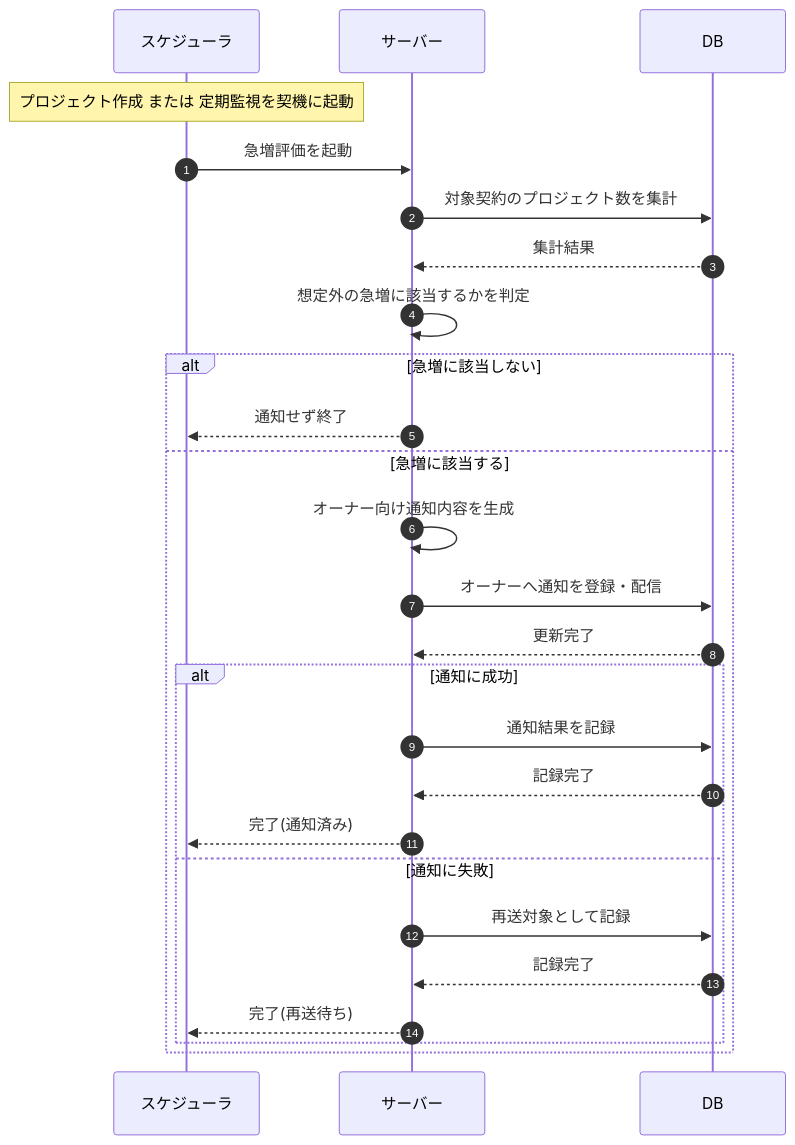
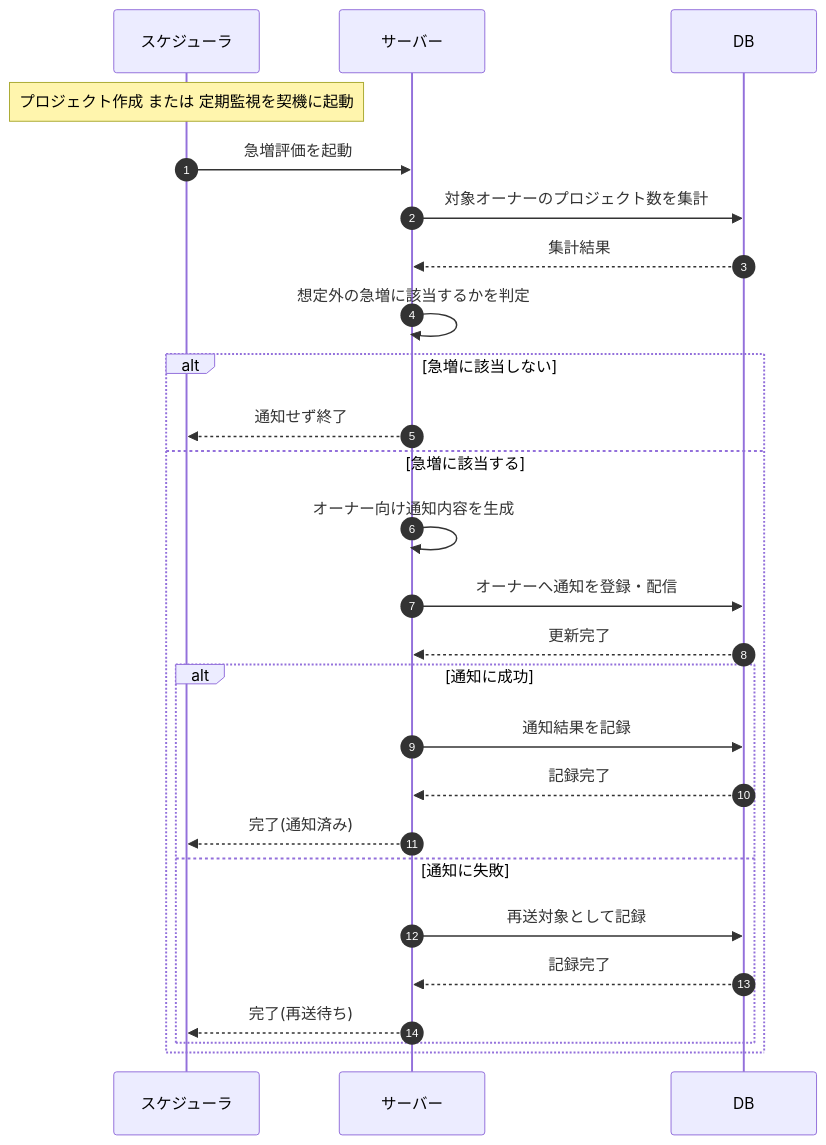
The diagram in 02_basic_design/03_sequences/SEQ-109.md (sikakou54/open-faq), drawn with Mermaid before and after one commit. The commit also changed other lines of this file and 294 other files, not shown here.

````diff
--- a/02_basic_design/03_sequences/SEQ-109.md
+++ b/02_basic_design/03_sequences/SEQ-109.md
@@ -24,28 +24,28 @@
 ```mermaid
 sequenceDiagram
   autonumber
   participant SCH as スケジューラ
   participant Server as サーバー
   participant DB as DB
   Note over SCH: プロジェクト作成 または 定期監視を契機に起動
   SCH->>Server: 急増評価を起動
-  Server->>DB: 対象契約のプロジェクト数を集計
+  Server->>DB: 対象オーナーのプロジェクト数を集計
   DB-->>Server: 集計結果
   Server->>Server: 想定外の急増に該当するかを判定
   alt 急増に該当しない
     Server-->>SCH: 通知せず終了
   else 急増に該当する
     Server->>Server: オーナー向け通知内容を生成
     Server->>DB: オーナーへ通知を登録・配信
     DB-->>Server: 更新完了
     alt 通知に成功
       Server->>DB: 通知結果を記録
       DB-->>Server: 記録完了
       Server-->>SCH: 完了(通知済み)
     else 通知に失敗
       Server->>DB: 再送対象として記録
       DB-->>Server: 記録完了
       Server-->>SCH: 完了(再送待ち)
     end
   end
 ```
````
